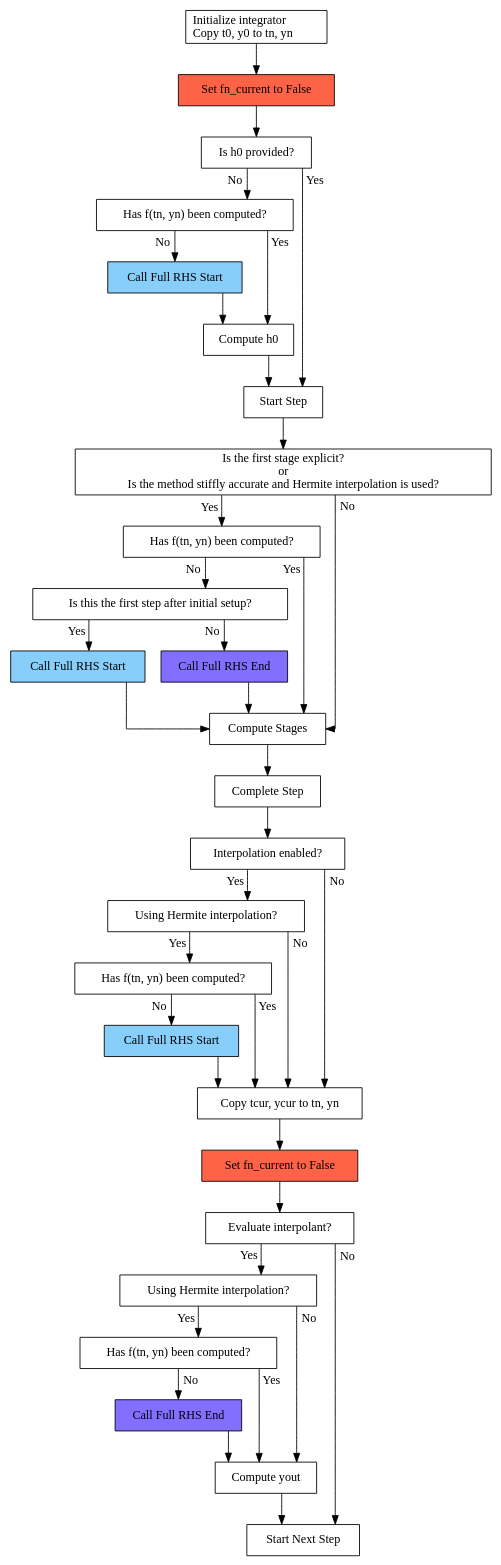
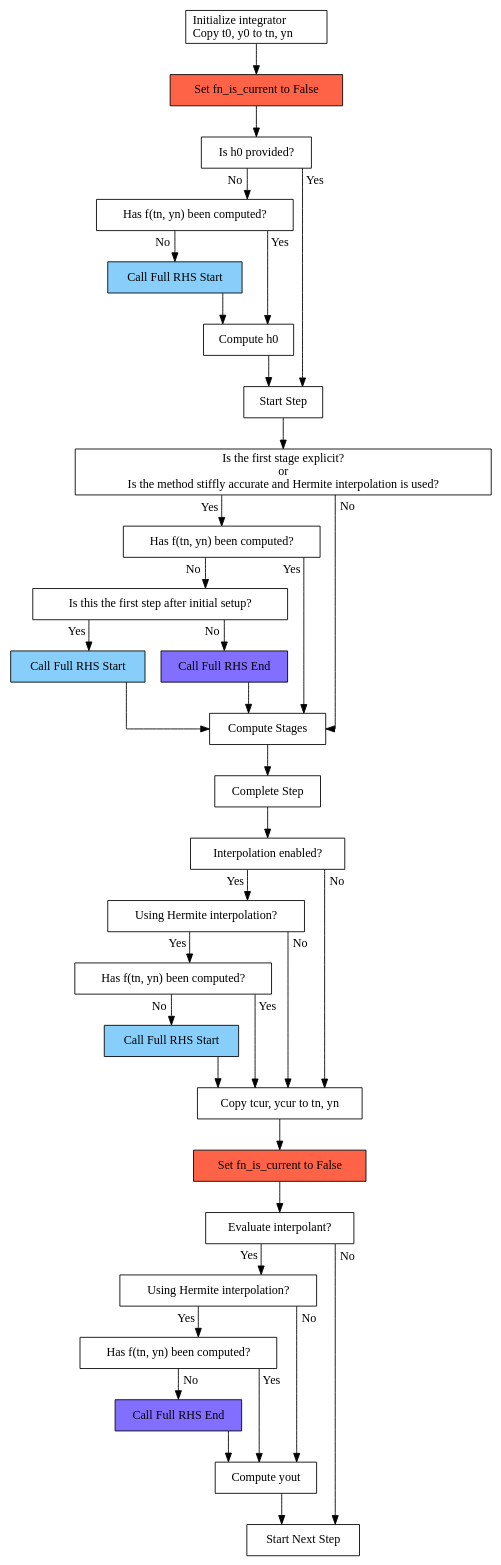
One commit to LLNL/sundials changed the fourth of 4 diagrams in doc/sundials_developers/source/packages/ARKODE.rst. Above: the diagram before and after it, drawn with Graphviz. The commit also changed other lines of this file and 6 other files, not shown here.

```diff
--- a/doc/sundials_developers/source/packages/ARKODE.rst
+++ b/doc/sundials_developers/source/packages/ARKODE.rst
@@ -204,7 +204,7 @@
    // -----------------
 
    init    [label="Initialize integrator\lCopy t0, y0 to tn, yn\l"]
-   f0cur   [label="Set fn_current to False", style=filled, fillcolor=tomato1]
+   f0cur   [label="Set fn_is_current to False", style=filled, fillcolor=tomato1]
    h0      [label="Is h0 provided?"]
    f0_q    [label="Has f(tn, yn) been computed?"]
    rhs_1   [label="Call Full RHS Start", style=filled, fillcolor=lightskyblue]
@@ -251,7 +251,7 @@
    f0q3          [label="Has f(tn, yn) been computed?"]
    rhs3          [label="Call Full RHS Start", style=filled, fillcolor=lightskyblue]
    update_yn     [label="Copy tcur, ycur to tn, yn"]
-   fcur1         [label="Set fn_current to False", style=filled, fillcolor=tomato1]
+   fcur1         [label="Set fn_is_current to False", style=filled, fillcolor=tomato1]
 
    complete      -> interp_update
    interp_update -> update_yn     [taillabel="No", labeldistance=2, labelangle=45]
```
